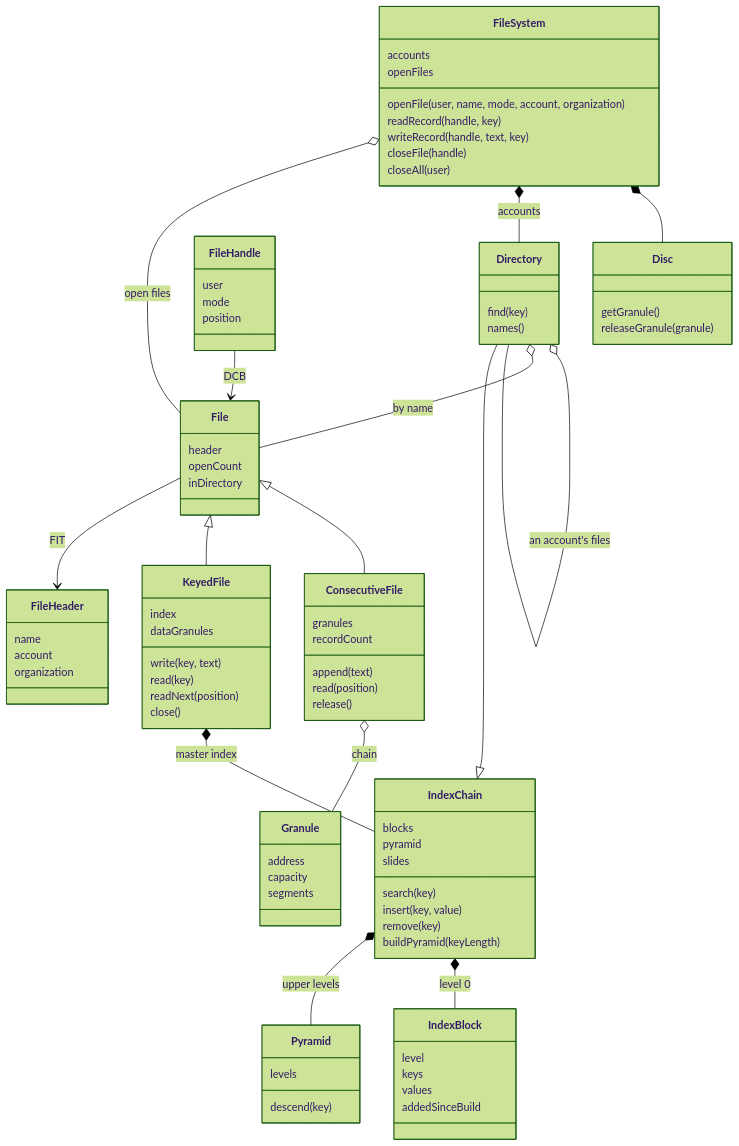
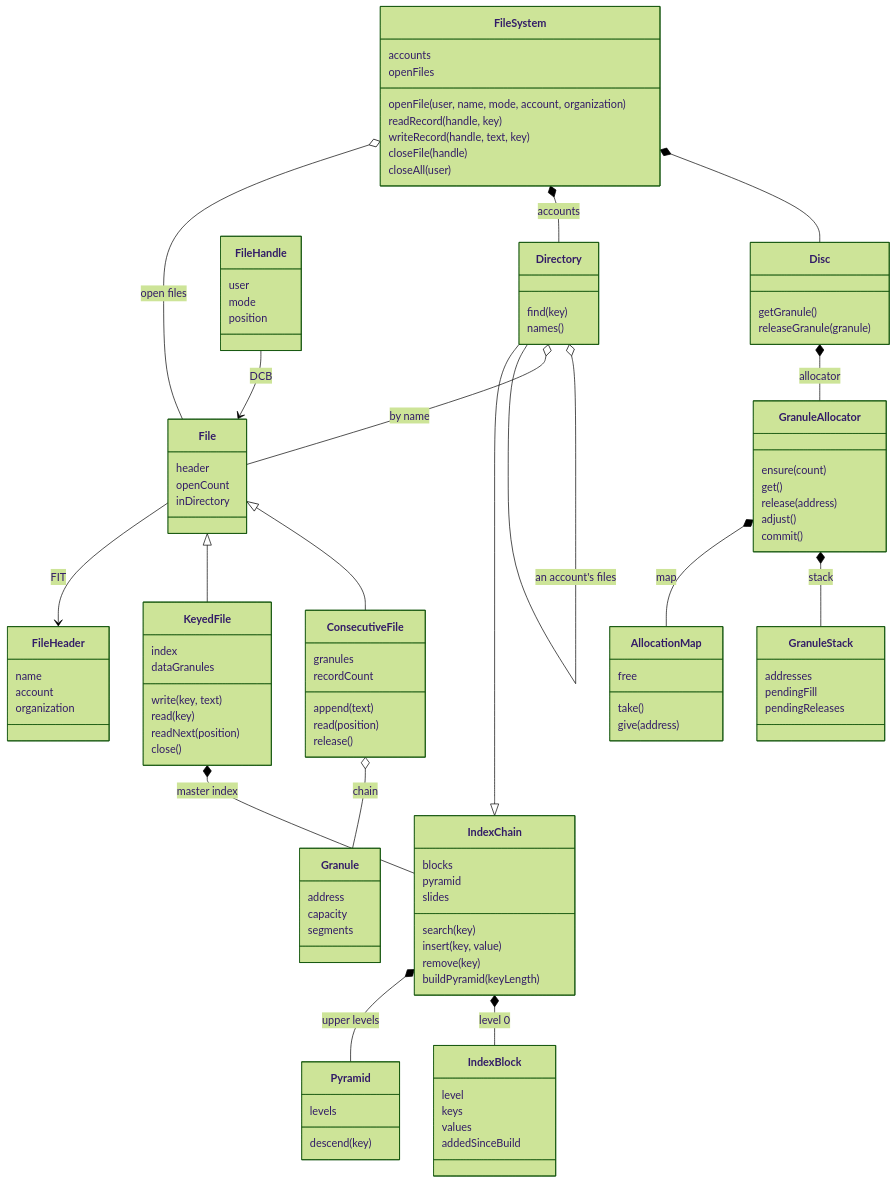
The eighth of 12 diagrams in pyCP-V/C00stap/docs/model.md (msiddalingaiah/Sigma), drawn with Mermaid (forest theme) before and after one commit. The commit also changed other lines of this file and 12 other files, not shown here.

Commit message:
Readable model: granule allocation and the ALLOCAT ghost

```diff
--- a/pyCP-V/C00stap/docs/model.md
+++ b/pyCP-V/C00stap/docs/model.md
@@ -565,12 +565,32 @@
         getGranule()
         releaseGranule(granule)
     }
+    class GranuleAllocator {
+        ensure(count)
+        get()
+        release(address)
+        adjust()
+        commit()
+    }
+    class GranuleStack {
+        addresses
+        pendingFill
+        pendingReleases
+    }
+    class AllocationMap {
+        free
+        take()
+        give(address)
+    }
     class Granule {
         address
         capacity
         segments
     }
     FileSystem *-- Disc
+    Disc *-- GranuleAllocator : allocator
+    GranuleAllocator *-- GranuleStack : stack
+    GranuleAllocator *-- AllocationMap : map
     FileSystem *-- Directory : accounts
     IndexChain <|-- Directory
     IndexChain *-- IndexBlock : level 0
```
